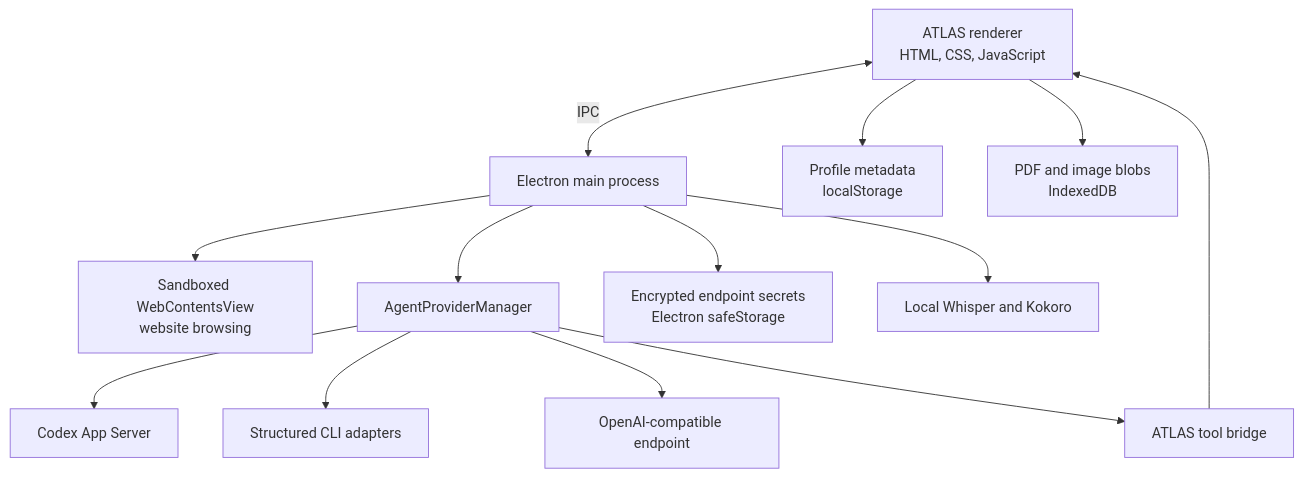
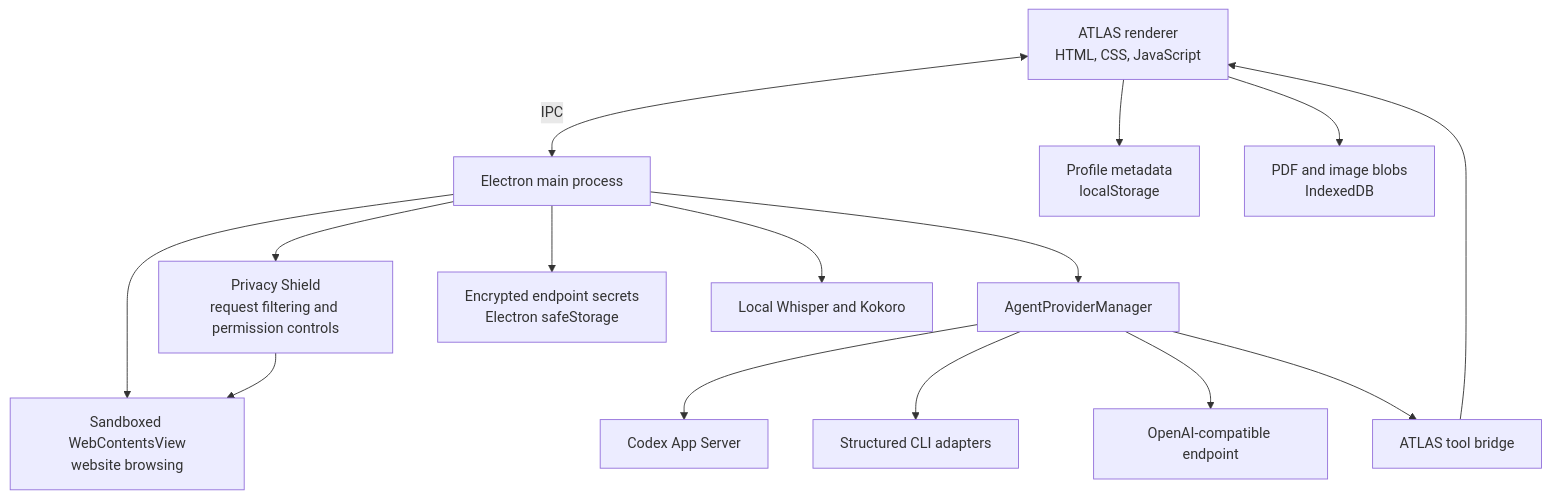
Before and after one commit to SketchOTP/ATLAS-Browser: the second of 2 diagrams in README.md, drawn with Mermaid. The commit also changed other lines of this file and 7 other files, not shown here.

Commit message:
Add configurable browser privacy shield

````diff
--- a/README.md
+++ b/README.md
@@ -250,15 +252,17 @@
 ```mermaid
 flowchart TB
     UI[ATLAS renderer\nHTML, CSS, JavaScript] <-- IPC --> Main[Electron main process]
     Main --> Site[Sandboxed WebContentsView\nwebsite browsing]
+    Main --> Privacy[Privacy Shield\nrequest filtering and permission controls]
+    Privacy --> Site
     Main --> Provider[AgentProviderManager]
     Provider --> Codex[Codex App Server]
     Provider --> CLIs[Structured CLI adapters]
     Provider --> API[OpenAI-compatible endpoint]
     Provider --> Tools[ATLAS tool bridge]
     Tools --> UI
     UI --> LS[Profile metadata\nlocalStorage]
     UI --> IDB[PDF and image blobs\nIndexedDB]
     Main --> Secret[Encrypted endpoint secrets\nElectron safeStorage]
     Main --> Voice[Local Whisper and Kokoro]
 ```
````
